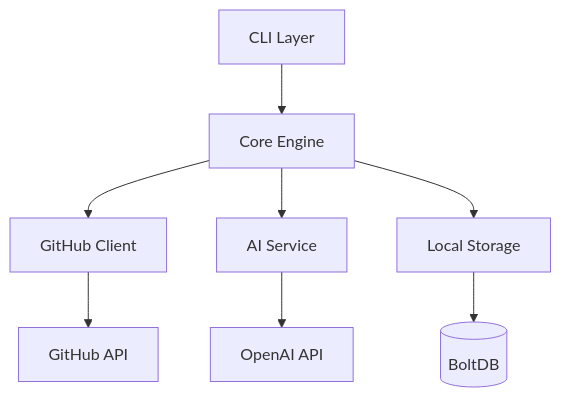
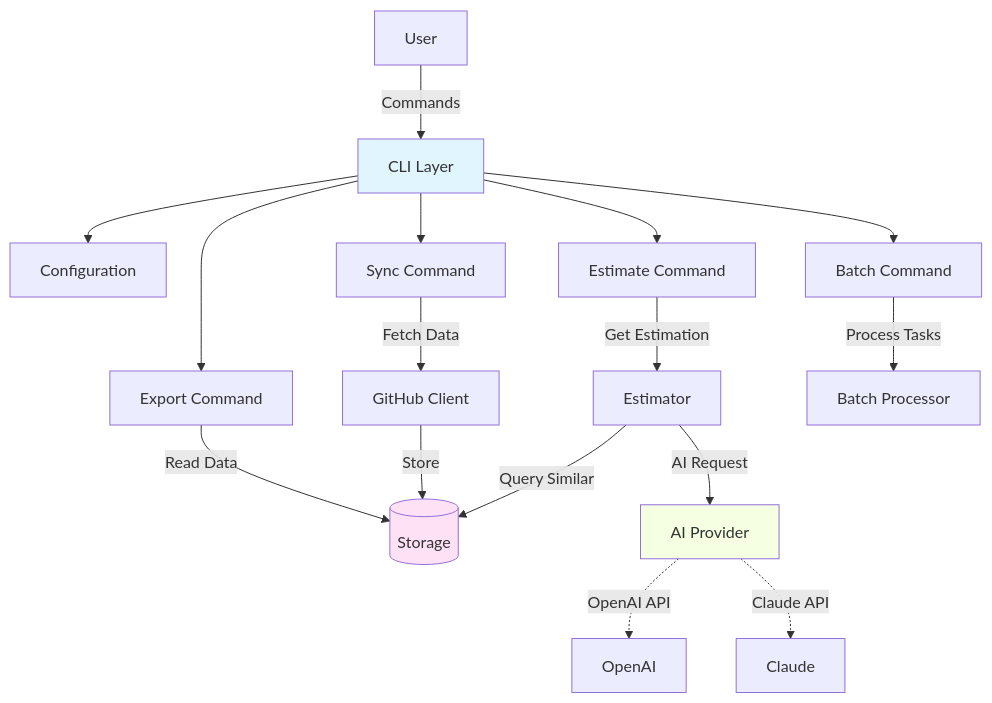
Before and after one commit to ICEI-PUC-Minas-PPLES-TI/plf-es-2025-2-tcci-0393100-dev-set: the first of 3 diagrams in Codigo/README.md, drawn with Mermaid. The commit also changed other lines of this file and 64 other files, not shown here.

````diff
--- a/Codigo/README.md
+++ b/Codigo/README.md
@@ -202,11 +55,26 @@
 ```mermaid
 graph TB
-    CLI[CLI Layer] --> Core[Core Engine]
-    Core --> GitHub[GitHub Client]
-    Core --> AI[AI Service]
-    Core --> Storage[Local Storage]
-    
-    GitHub --> GitHubAPI[GitHub API]
-    AI --> OpenAI[OpenAI API]
-    Storage --> BoltDB[(BoltDB)]
+    User[User] -->|Commands| CLI[CLI Layer]
+
+    CLI --> Config[Configuration]
+    CLI --> Sync[Sync Command]
+    CLI --> Estimate[Estimate Command]
+    CLI --> Batch[Batch Command]
+    CLI --> Export[Export Command]
+
+    Sync -->|Fetch Data| GH[GitHub Client]
+    Estimate -->|Get Estimation| EST[Estimator]
+    Batch -->|Process Tasks| BP[Batch Processor]
+    Export -->|Read Data| DB[(Storage)]
+
+    GH -->|Store| DB
+    EST -->|Query Similar| DB
+    EST -->|AI Request| AI[AI Provider]
+
+    AI -.->|OpenAI API| OpenAI[OpenAI]
+    AI -.->|Claude API| Claude[Claude]
+
+    style CLI fill:#e1f5ff
+    style DB fill:#ffe1f5
+    style AI fill:#f5ffe1
 ```
````
